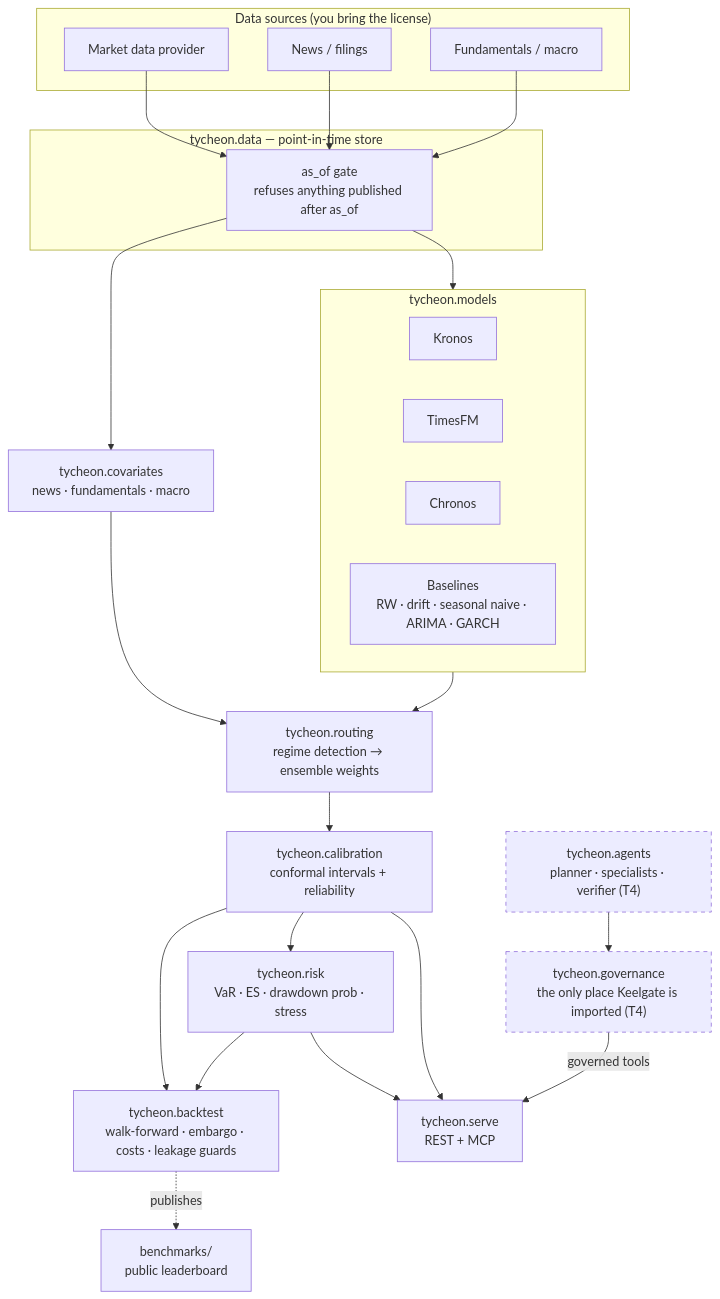
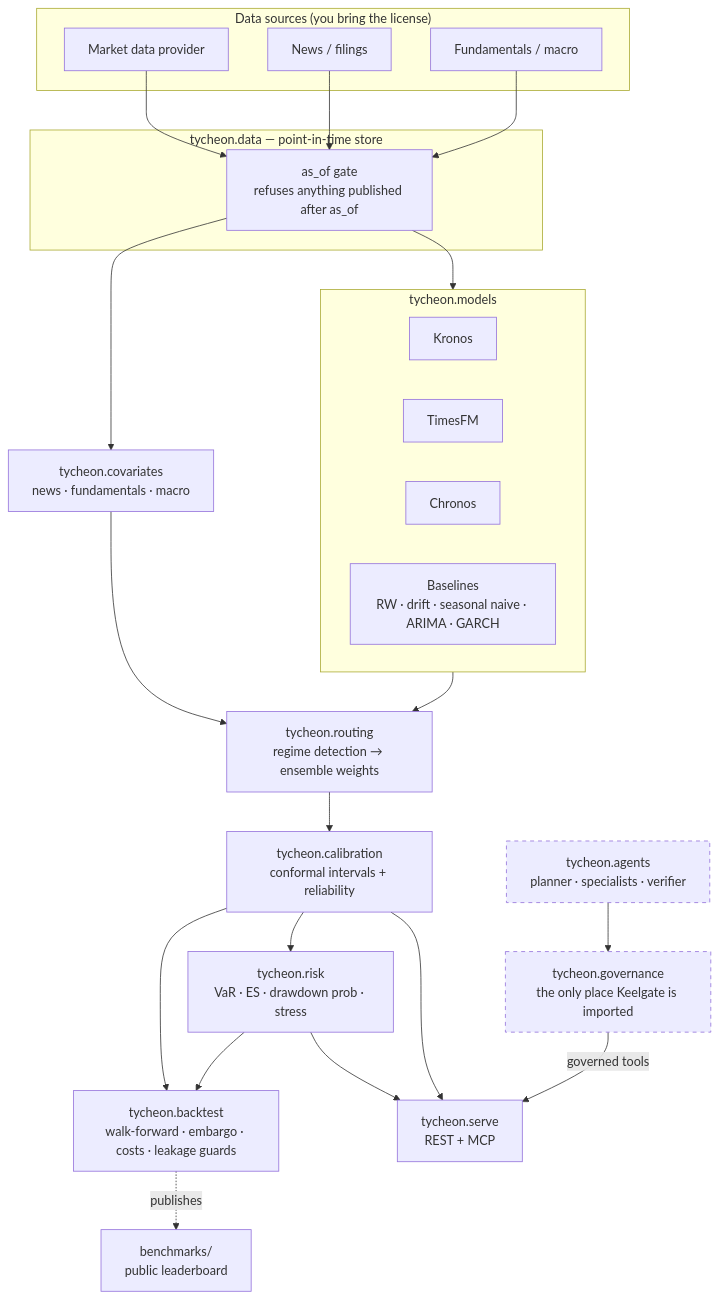
The diagram in README.md (anilatambharii/tycheon), drawn with Mermaid before and after one commit. The commit also changed other lines of this file and 8 other files, not shown here.

First line of the commit message:
docs: agents, governance and serving pages, ADRs 0007 and 0008, README and safety updates

````diff
--- a/README.md
+++ b/README.md
@@ -47,49 +46,49 @@
 ```mermaid
 flowchart TB
     subgraph sources["Data sources (you bring the license)"]
         md["Market data provider"]
         news["News / filings"]
         fund["Fundamentals / macro"]
     end
 
     subgraph data["tycheon.data — point-in-time store"]
         asof["as_of gate<br/>refuses anything published after as_of"]
     end
 
     subgraph models["tycheon.models"]
         kronos["Kronos"]
         tfm["TimesFM"]
         chron["Chronos"]
         base["Baselines<br/>RW · drift · seasonal naive · ARIMA · GARCH"]
     end
 
     cov["tycheon.covariates<br/>news · fundamentals · macro"]
     route["tycheon.routing<br/>regime detection → ensemble weights"]
     cal["tycheon.calibration<br/>conformal intervals + reliability"]
     risk["tycheon.risk<br/>VaR · ES · drawdown prob · stress"]
     bt["tycheon.backtest<br/>walk-forward · embargo · costs · leakage guards"]
     serve["tycheon.serve<br/>REST + MCP"]
 
-    gov["tycheon.governance<br/>the only place Keelgate is imported (T4)"]
-    agents["tycheon.agents<br/>planner · specialists · verifier (T4)"]
+    gov["tycheon.governance<br/>the only place Keelgate is imported"]
+    agents["tycheon.agents<br/>planner · specialists · verifier"]
 
     md --> asof
     news --> asof
     fund --> asof
     asof --> models
     asof --> cov
     cov --> route
     models --> route
     route --> cal
     cal --> risk
     cal --> bt
     risk --> bt
     risk --> serve
     cal --> serve
     bt -.->|publishes| lb["benchmarks/<br/>public leaderboard"]
     agents --> gov
     gov -->|governed tools| serve
 
     classDef future stroke-dasharray: 5 5
     class gov,agents future
 ```
````
